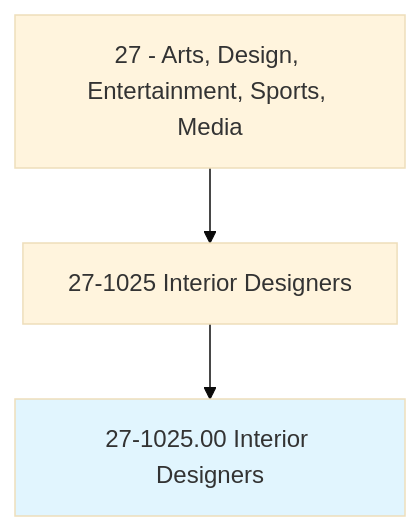
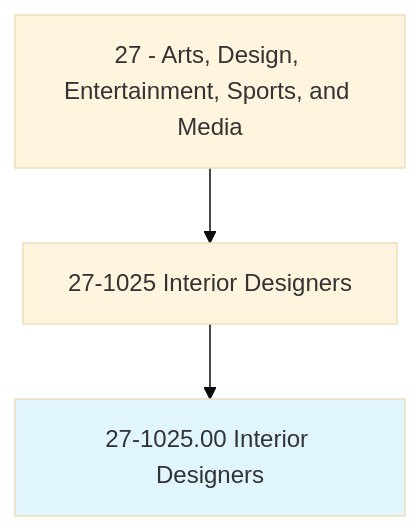
Before and after one commit to kziemski/business.org.ai: the first of 4 diagrams in occupations/ArtsMedia/InteriorDesigners.mdx, drawn with Mermaid (base theme). The commit also changed other lines of this file and 938 other files, not shown here.

````diff
--- a/occupations/ArtsMedia/InteriorDesigners.mdx
+++ b/occupations/ArtsMedia/InteriorDesigners.mdx
@@ -19,6 +23,6 @@
 ```mermaid
 graph TD
-    Cat27["27 - Arts, Design, Entertainment, Sports, Media"] --> Group271025["27-1025 Interior Designers"]
+    Cat27["27 - Arts, Design, Entertainment, Sports, and Media"] --> Group271025["27-1025 Interior Designers"]
     Group271025 --> Current["27-1025.00 Interior Designers"]
     style Current fill:#e1f5fe
 ```
````
